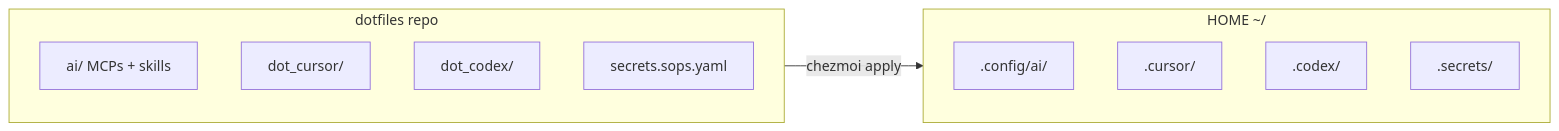
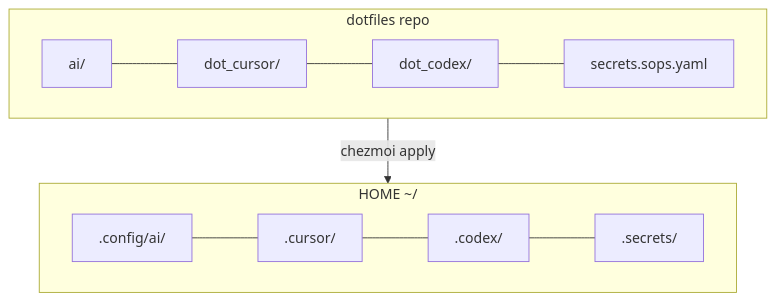
The diagram in README.md (jesuserro/dotfiles), drawn with Mermaid before and after one commit.

Commit message:
docs(readme): update flowchart structure in README.md for clarity
- Changed flowchart direction to left-right (LR) for better visual representation of the project's architecture.
- Streamlined connections between components in the flowchart to enhance readability.

````diff
--- a/README.md
+++ b/README.md
@@ -17,18 +17,14 @@
 ```mermaid
-flowchart LR
+flowchart TB
     subgraph repo [dotfiles repo]
-        ai[ai/ MCPs + skills]
-        cursor[dot_cursor/]
-        codex[dot_codex/]
-        secrets[secrets.sops.yaml]
+        direction LR
+        ai[ai/] --- cursor[dot_cursor/] --- codex[dot_codex/] --- secrets[secrets.sops.yaml]
     end
 
     subgraph home [HOME ~/]
-        config_ai[.config/ai/]
-        dot_cursor[.cursor/]
-        dot_codex[.codex/]
-        dot_secrets[.secrets/]
+        direction LR
+        config_ai[.config/ai/] --- dot_cursor[.cursor/] --- dot_codex[.codex/] --- dot_secrets[.secrets/]
     end
 
     repo -->|chezmoi apply| home
 ```
````
